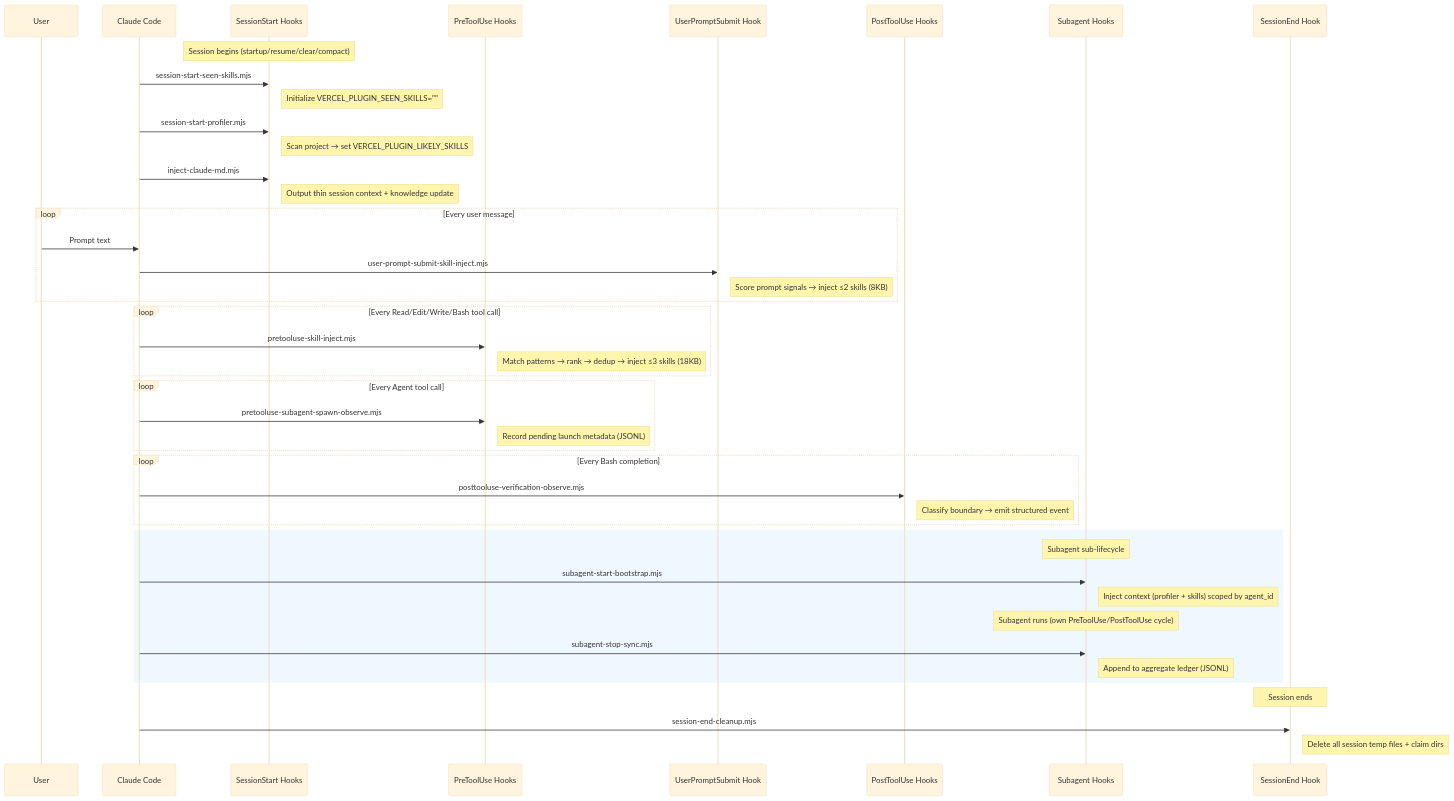
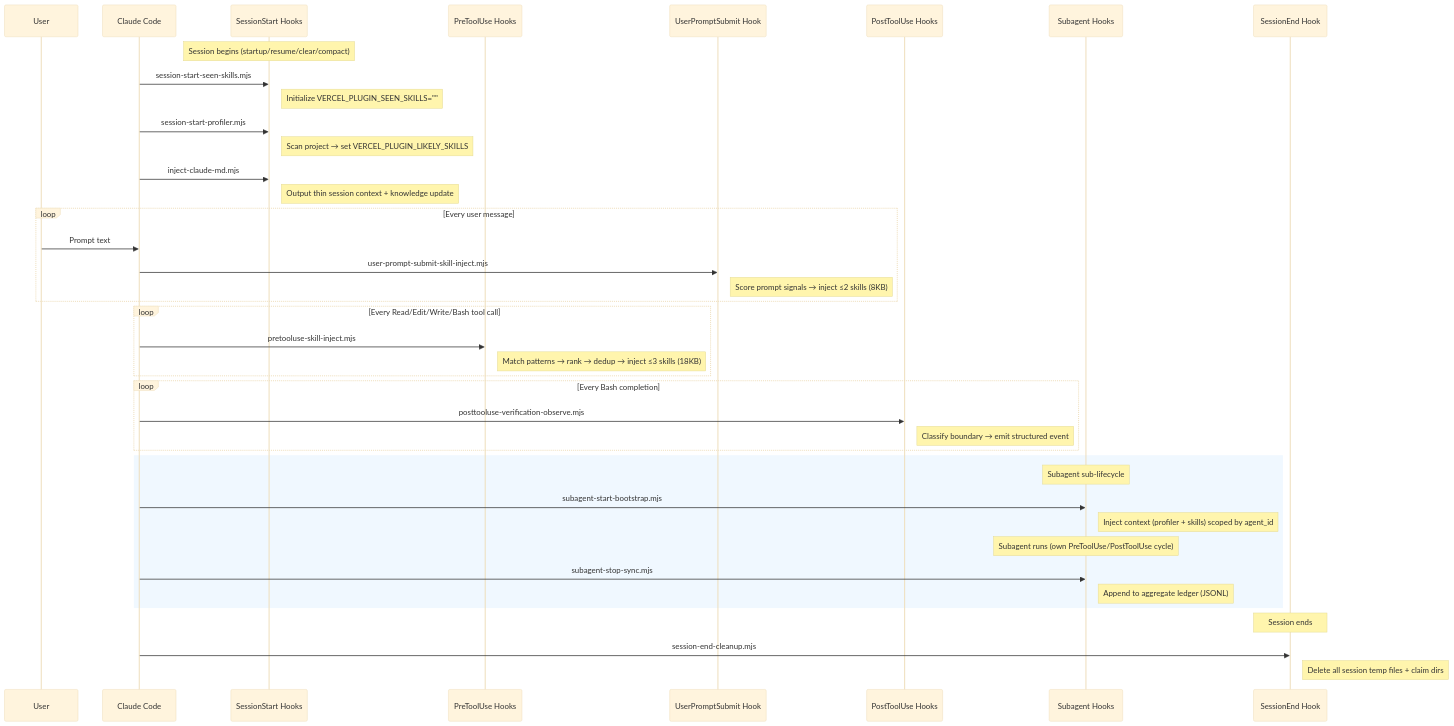
One commit to vercel-labs/vercel-plugin changed the first of 4 diagrams in docs/06-runtime-internals.md. Above: the diagram before and after it, drawn with Mermaid (base theme). The commit also changed other lines of this file and 21 other files, not shown here.

Commit message:
removing subagent-spawn-observe

````diff
--- a/docs/06-runtime-internals.md
+++ b/docs/06-runtime-internals.md
@@ -69,53 +69,48 @@
 ```mermaid
 sequenceDiagram
     participant User
     participant Claude as Claude Code
     participant SS as SessionStart Hooks
     participant PTU as PreToolUse Hooks
     participant UPS as UserPromptSubmit Hook
     participant PostTU as PostToolUse Hooks
     participant Sub as Subagent Hooks
     participant SE as SessionEnd Hook
 
     Note over SS: Session begins (startup/resume/clear/compact)
     Claude->>SS: session-start-seen-skills.mjs
     Note right of SS: Initialize VERCEL_PLUGIN_SEEN_SKILLS=""
     Claude->>SS: session-start-profiler.mjs
     Note right of SS: Scan project → set VERCEL_PLUGIN_LIKELY_SKILLS
     Claude->>SS: inject-claude-md.mjs
     Note right of SS: Output thin session context + knowledge update
 
     loop Every user message
         User->>Claude: Prompt text
         Claude->>UPS: user-prompt-submit-skill-inject.mjs
         Note right of UPS: Score prompt signals → inject ≤2 skills (8KB)
     end
 
     loop Every Read/Edit/Write/Bash tool call
         Claude->>PTU: pretooluse-skill-inject.mjs
         Note right of PTU: Match patterns → rank → dedup → inject ≤3 skills (18KB)
     end
 
-    loop Every Agent tool call
-        Claude->>PTU: pretooluse-subagent-spawn-observe.mjs
-        Note right of PTU: Record pending launch metadata (JSONL)
-    end
-
     loop Every Bash completion
         Claude->>PostTU: posttooluse-verification-observe.mjs
         Note right of PostTU: Classify boundary → emit structured event
     end
 
     rect rgb(240, 248, 255)
         Note over Sub: Subagent sub-lifecycle
         Claude->>Sub: subagent-start-bootstrap.mjs
         Note right of Sub: Inject context (profiler + skills) scoped by agent_id
         Note over Sub: Subagent runs (own PreToolUse/PostToolUse cycle)
         Claude->>Sub: subagent-stop-sync.mjs
         Note right of Sub: Append to aggregate ledger (JSONL)
     end
 
     Note over SE: Session ends
     Claude->>SE: session-end-cleanup.mjs
     Note right of SE: Delete all session temp files + claim dirs
 ```
````
